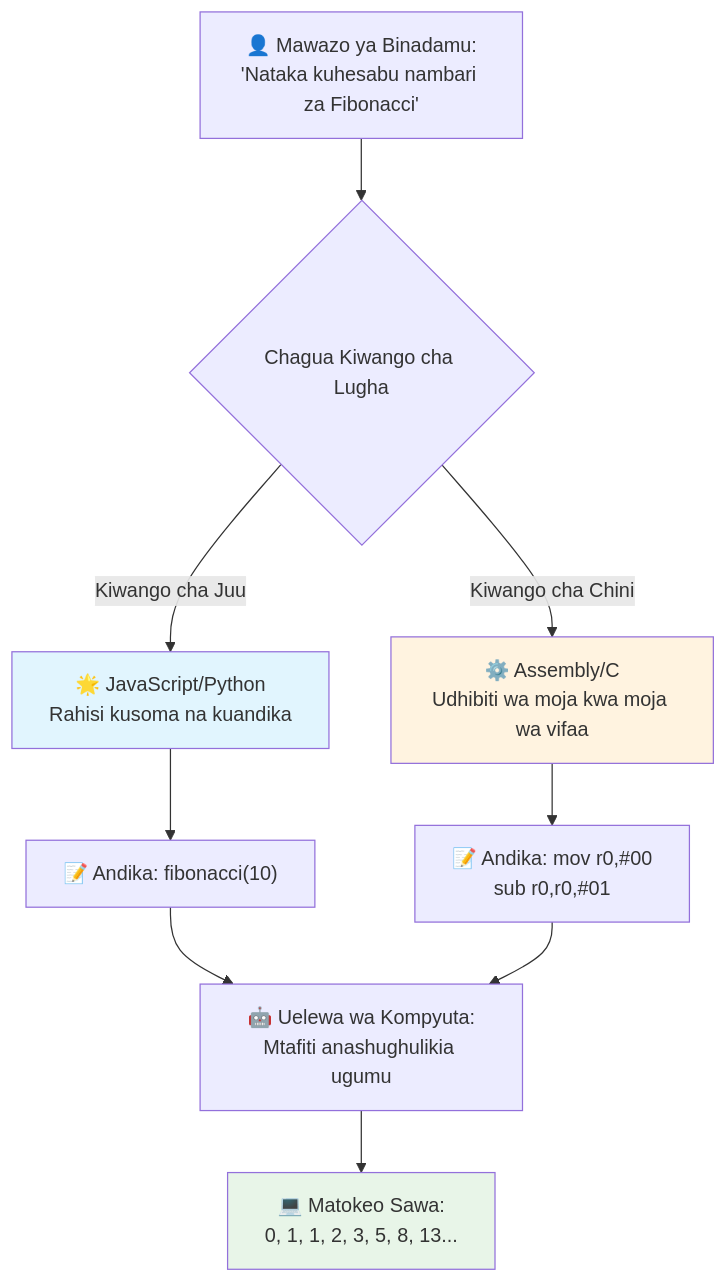
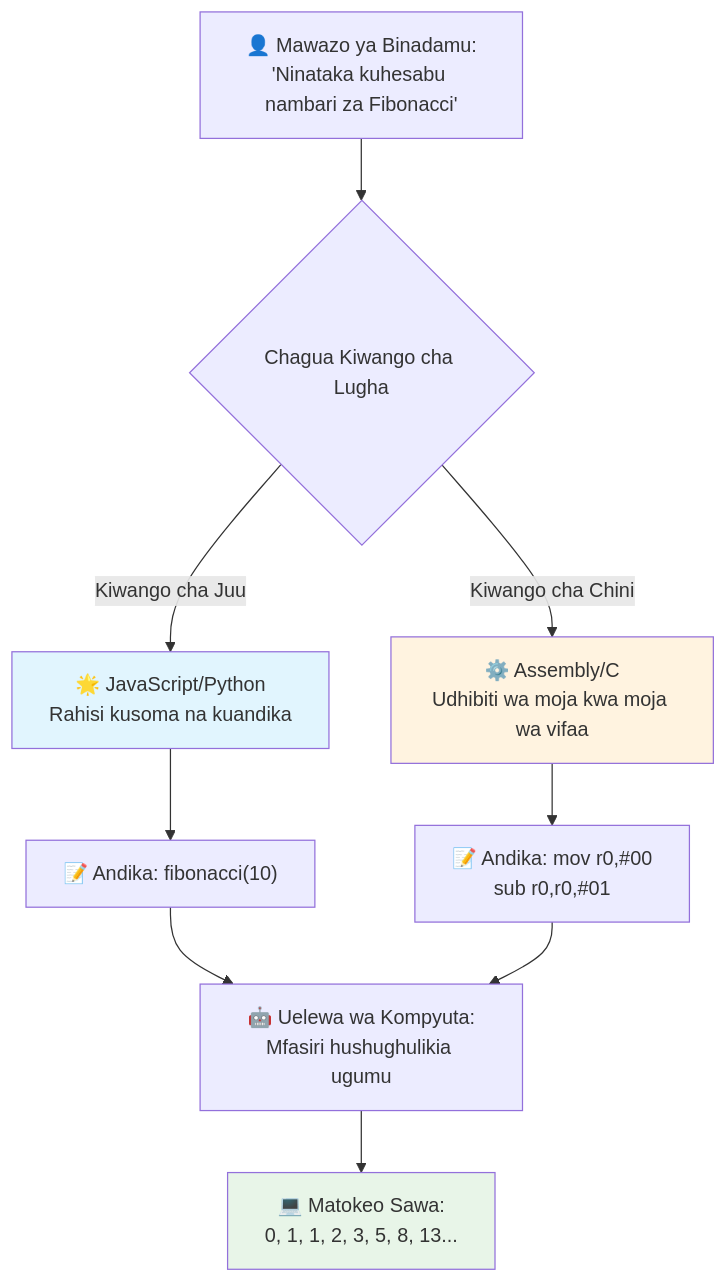
The third of 7 diagrams in translations/sw/1-getting-started-lessons/1-intro-to-programming-languages/README.md (microsoft/Web-Dev-For-Beginners), drawn with Mermaid before and after one commit. The commit also changed other lines of this file and 8 other files, not shown here.

````diff
--- a/translations/sw/1-getting-started-lessons/1-intro-to-programming-languages/README.md
+++ b/translations/sw/1-getting-started-lessons/1-intro-to-programming-languages/README.md
@@ -148,19 +148,19 @@
 ```mermaid
 flowchart TB
-    A["👤 Mawazo ya Binadamu:<br/>'Nataka kuhesabu nambari za Fibonacci'"] --> B{Chagua Kiwango cha Lugha}
+    A["👤 Mawazo ya Binadamu:<br/>'Ninataka kuhesabu nambari za Fibonacci'"] --> B{Chagua Kiwango cha Lugha}
     
     B -->|Kiwango cha Juu| C["🌟 JavaScript/Python<br/>Rahisi kusoma na kuandika"]
     B -->|Kiwango cha Chini| D["⚙️ Assembly/C<br/>Udhibiti wa moja kwa moja wa vifaa"]
     
     C --> E["📝 Andika: fibonacci(10)"]
     D --> F["📝 Andika: mov r0,#00<br/>sub r0,r0,#01"]
     
-    E --> G["🤖 Uelewa wa Kompyuta:<br/>Mtafiti anashughulikia ugumu"]
+    E --> G["🤖 Uelewa wa Kompyuta:<br/>Mfasiri hushughulikia ugumu"]
     F --> G
     
     G --> H["💻 Matokeo Sawa:<br/>0, 1, 1, 2, 3, 5, 8, 13..."]
     
     style C fill:#e1f5fe
     style D fill:#fff3e0
     style H fill:#e8f5e8
 ```
````
